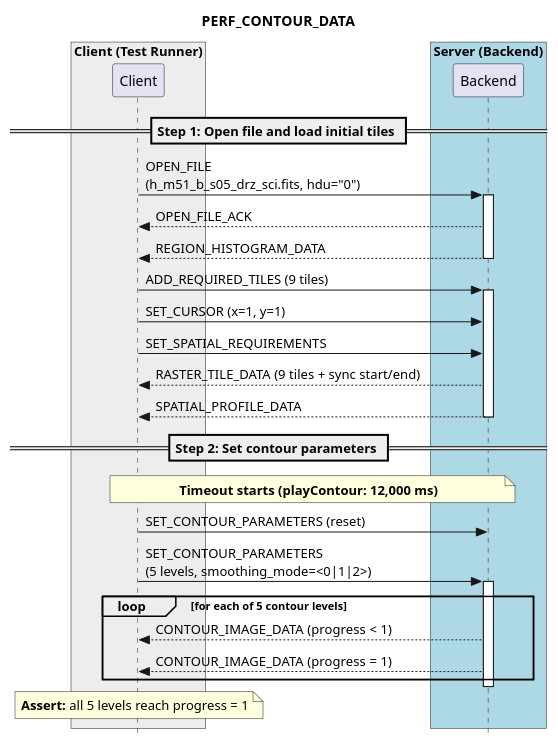
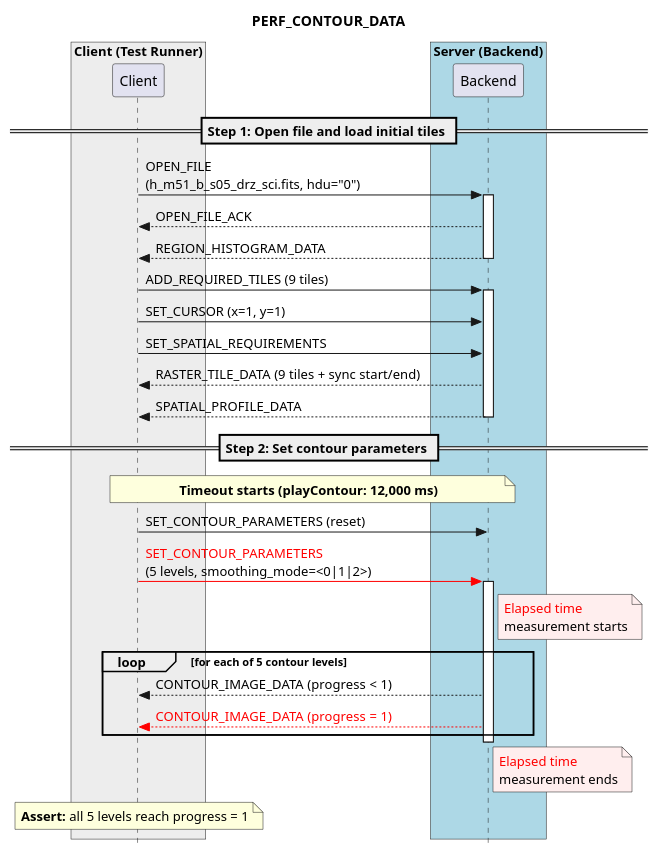
One commit to CARTAvis/ICD-RxJS changed the fourth of 9 diagrams in docs/source/performance.rst. Above: the diagram before and after it, drawn with PlantUML. The commit also changed other lines of this file, not shown here.

Commit message:
Add elapsed time measurement markers to PERF_CONTOUR_DATA diagram

```diff
--- a/docs/source/performance.rst
+++ b/docs/source/performance.rst
@@ -261,48 +263,59 @@
 .. uml::
 
     skinparam style strictuml
     hide footbox
     title PERF_CONTOUR_DATA
 
     box "Client (Test Runner)" #EDEDED
         participant Client
     end box
 
     box "Server (Backend)" #lightblue
         participant Backend
     end box
 
     == Step 1: Open file and load initial tiles ==
 
     Client -> Backend : OPEN_FILE\n(h_m51_b_s05_drz_sci.fits, hdu="0")
     activate Backend
     Client <-- Backend : OPEN_FILE_ACK
     Client <-- Backend : REGION_HISTOGRAM_DATA
     deactivate Backend
 
     Client -> Backend : ADD_REQUIRED_TILES (9 tiles)
     activate Backend
     Client -> Backend : SET_CURSOR (x=1, y=1)
     Client -> Backend : SET_SPATIAL_REQUIREMENTS
     Client <-- Backend : RASTER_TILE_DATA (9 tiles + sync start/end)
     Client <-- Backend : SPATIAL_PROFILE_DATA
     deactivate Backend
 
     == Step 2: Set contour parameters ==
 
     note over Client, Backend
         **Timeout starts (playContour: 12,000 ms)**
     end note
 
     Client -> Backend : SET_CONTOUR_PARAMETERS (reset)
-    Client -> Backend : SET_CONTOUR_PARAMETERS\n(5 levels, smoothing_mode=<0|1|2>)
+    Client -[#red]> Backend : <font color="red">SET_CONTOUR_PARAMETERS</font>\n(5 levels, smoothing_mode=<0|1|2>)
     activate Backend
+
+    note right of Backend #FFEEEE
+        <font color="red">Elapsed time
+        measurement starts
+    end note
+
     loop for each of 5 contour levels
         Client <-- Backend : CONTOUR_IMAGE_DATA (progress < 1)
-        Client <-- Backend : CONTOUR_IMAGE_DATA (progress = 1)
+        Client <--[#red] Backend : <font color="red">CONTOUR_IMAGE_DATA (progress = 1)</font>
     end
     deactivate Backend
+
+    note right of Backend #FFEEEE
+        <font color="red">Elapsed time
+        measurement ends
+    end note
 
     note over Client
         **Assert:** all 5 levels reach progress = 1
     end note
```
